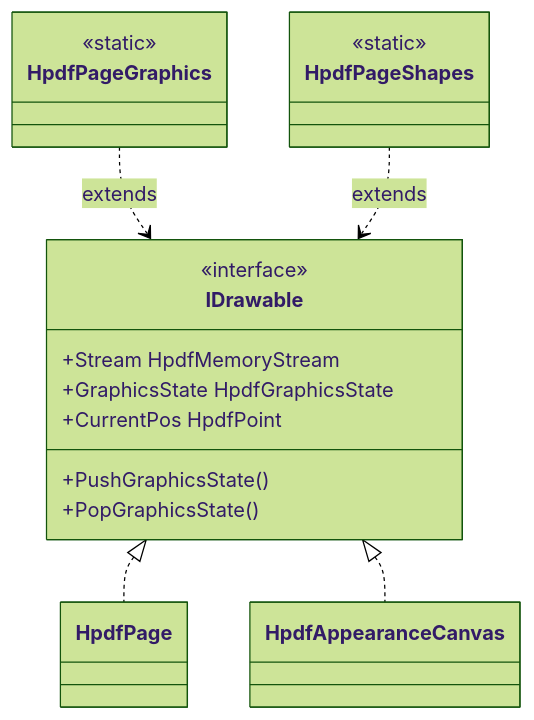
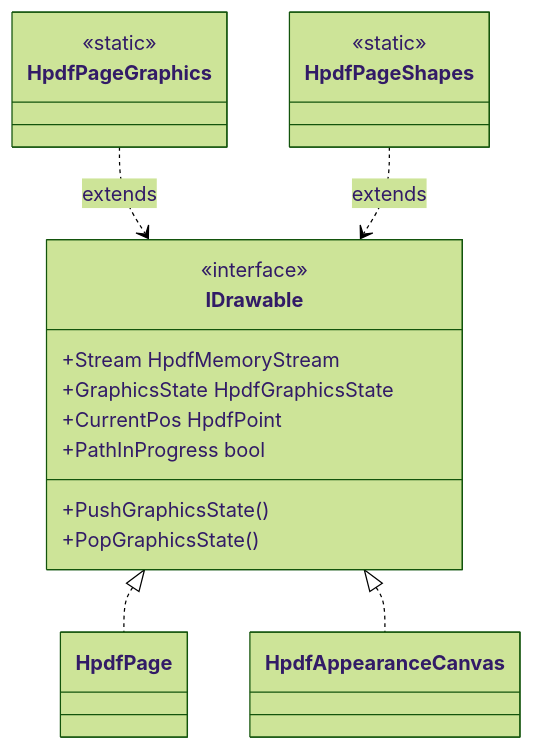
One commit to nikolaygekht/haru-net-full-port changed the diagram in docs/api/extensions/HpdfPageGraphics.md. Above: the diagram before and after it, drawn with Mermaid (forest theme). The commit also changed other lines of this file and 65 other files, not shown here.

````diff
--- a/docs/api/extensions/HpdfPageGraphics.md
+++ b/docs/api/extensions/HpdfPageGraphics.md
@@ -70,23 +71,24 @@
 ```mermaid
 classDiagram
     class IDrawable {
         <<interface>>
         +Stream HpdfMemoryStream
         +GraphicsState HpdfGraphicsState
         +CurrentPos HpdfPoint
+        +PathInProgress bool
         +PushGraphicsState()
         +PopGraphicsState()
     }
     class HpdfPage
     class HpdfAppearanceCanvas
     class HpdfPageGraphics {
         <<static>>
     }
     class HpdfPageShapes {
         <<static>>
     }
     IDrawable <|.. HpdfPage
     IDrawable <|.. HpdfAppearanceCanvas
     HpdfPageGraphics ..> IDrawable : extends
     HpdfPageShapes ..> IDrawable : extends
 ```
````
